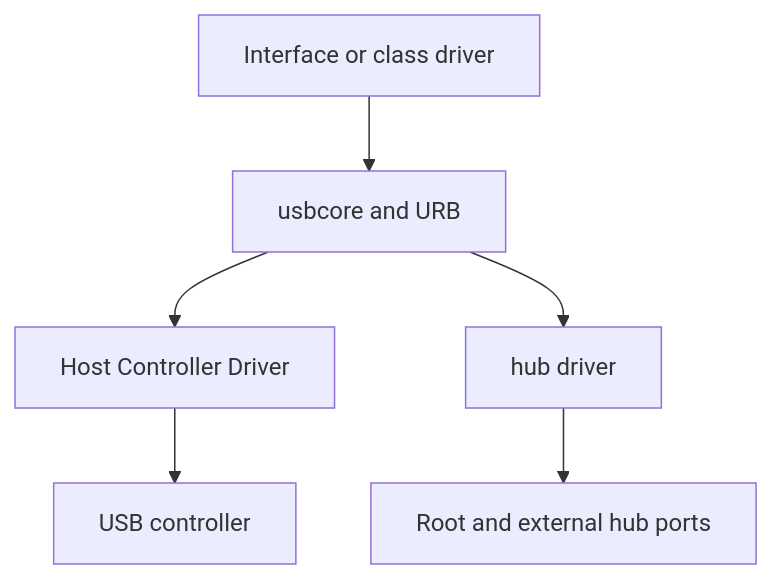
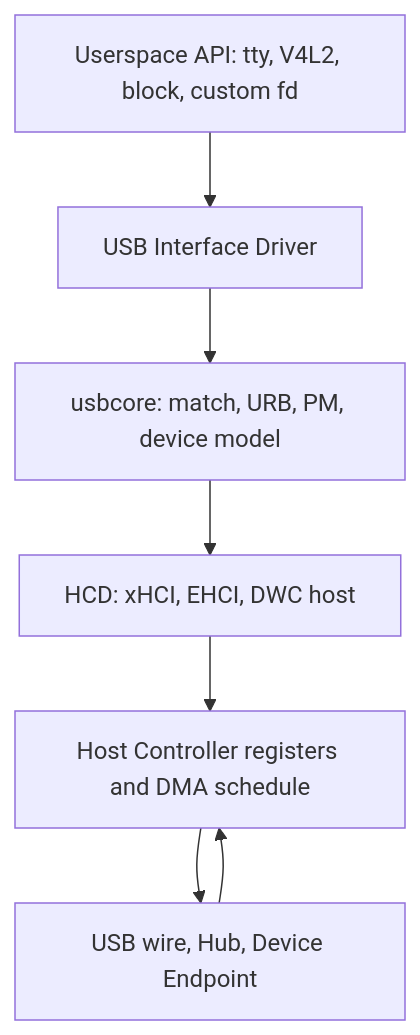
Before and after one commit to cdragon-ljl/EEandEdgeAI: the first of 3 diagrams in docs/articles/usb/usb-02-linux-usb-driver-framework.md, drawn with Mermaid. The commit also changed other lines of this file and 2 other files, not shown here.

Commit message:
docs: rebuild USB foundations and enumeration

````diff
--- a/docs/articles/usb/usb-02-linux-usb-driver-framework.md
+++ b/docs/articles/usb/usb-02-linux-usb-driver-framework.md
@@ -235,8 +24,9 @@
 ```mermaid
-flowchart TB
-    CLASS[Interface or class driver] --> CORE[usbcore and URB]
-    CORE --> HCD[Host Controller Driver]
-    HCD --> HW[USB controller]
-    CORE --> HUB[hub driver]
-    HUB --> PORT[Root and external hub ports]
+flowchart TD
+    APP[Userspace API: tty, V4L2, block, custom fd] --> CLASS[USB Interface Driver]
+    CLASS --> CORE[usbcore: match, URB, PM, device model]
+    CORE --> HCD[HCD: xHCI, EHCI, DWC host]
+    HCD --> HC[Host Controller registers and DMA schedule]
+    HC --> BUS[USB wire, Hub, Device Endpoint]
+    BUS --> HC
 ```
````
